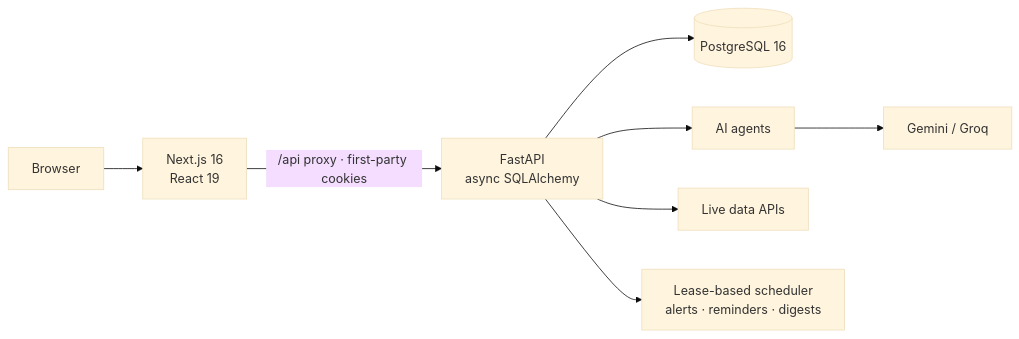
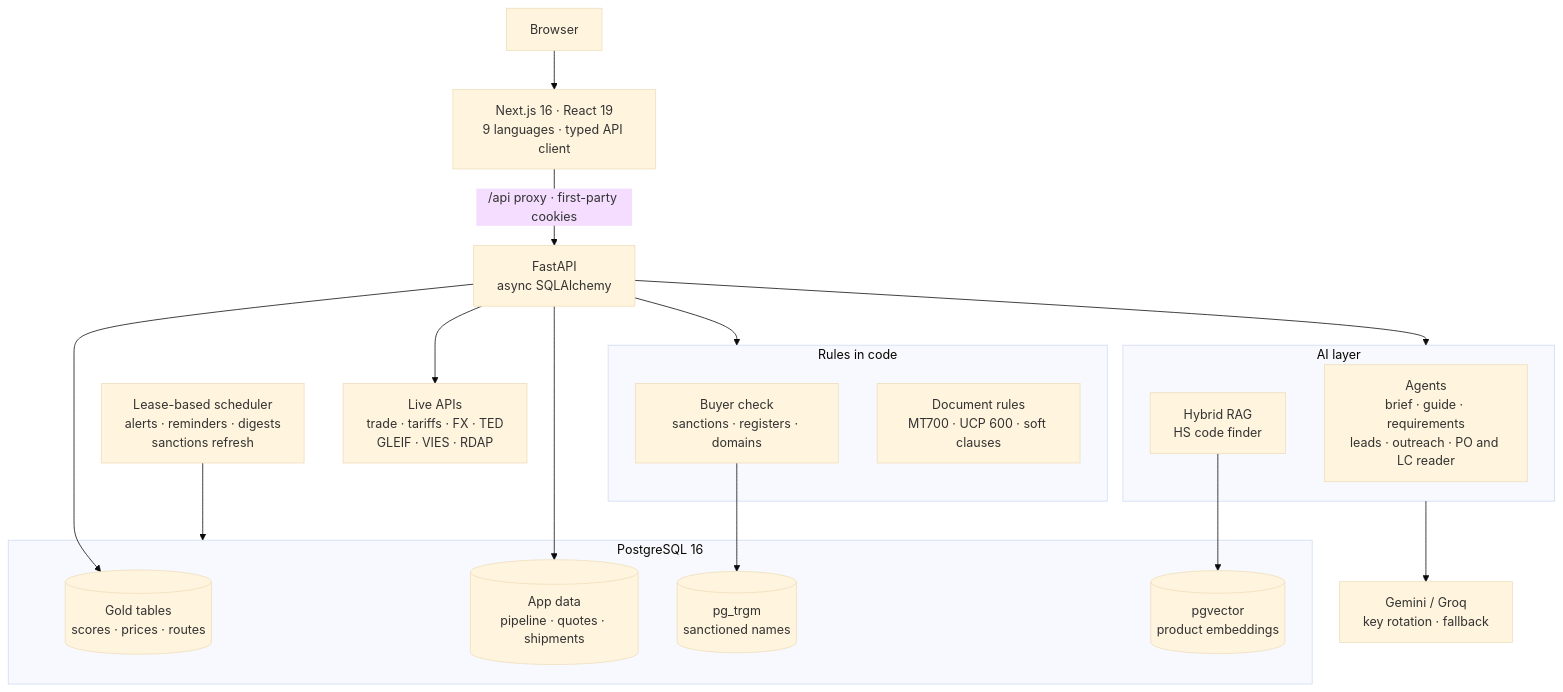
One commit to IzzatShahGit/whitespace changed the fifth of 5 diagrams in README.md. Above: the diagram before and after it, drawn with Mermaid (base theme). The commit also changed other lines of this file, not shown here.

````diff
--- a/README.md
+++ b/README.md
@@ -181,10 +249,34 @@
 ```mermaid
-flowchart LR
-    U[Browser] --> W[Next.js 16<br/>React 19]
+flowchart TB
+    U[Browser] --> W[Next.js 16 · React 19<br/>9 languages · typed API client]
     W -->|/api proxy · first-party cookies| API[FastAPI<br/>async SQLAlchemy]
-    API --> DB[(PostgreSQL 16)]
-    API --> AG[AI agents]
-    API --> EXT[Live data APIs]
-    API --> JOB[Lease-based scheduler<br/>alerts · reminders · digests]
-    AG --> LLM[Gemini / Groq]
+
+    API --> AI
+    API --> RULES
+    API --> EXT[Live APIs<br/>trade · tariffs · FX · TED<br/>GLEIF · VIES · RDAP]
+
+    subgraph AI[AI layer]
+        AG[Agents<br/>brief · guide · requirements<br/>leads · outreach · PO and LC reader]
+        RAG[Hybrid RAG<br/>HS code finder]
+    end
+
+    subgraph RULES[Rules in code]
+        BC[Buyer check<br/>sanctions · registers · domains]
+        DR[Document rules<br/>MT700 · UCP 600 · soft clauses]
+    end
+
+    AI --> LLM[Gemini / Groq<br/>key rotation · fallback]
+
+    subgraph DB[PostgreSQL 16]
+        GOLD[(Gold tables<br/>scores · prices · routes)]
+        APP[(App data<br/>pipeline · quotes · shipments)]
+        TRG[(pg_trgm<br/>sanctioned names)]
+        VEC[(pgvector<br/>product embeddings)]
+    end
+
+    API --> GOLD
+    API --> APP
+    RAG --> VEC
+    BC --> TRG
+    JOB[Lease-based scheduler<br/>alerts · reminders · digests<br/>sanctions refresh] --> DB
 ```
````
